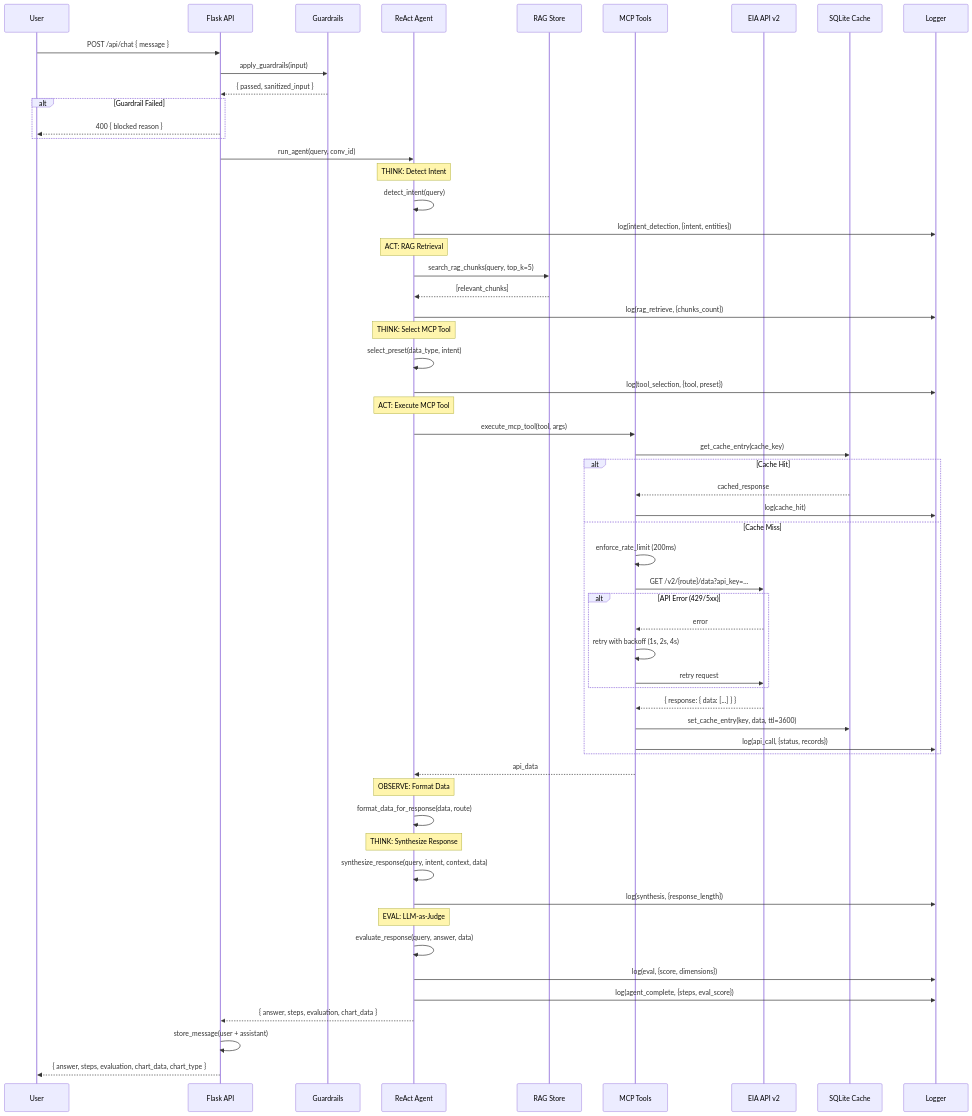
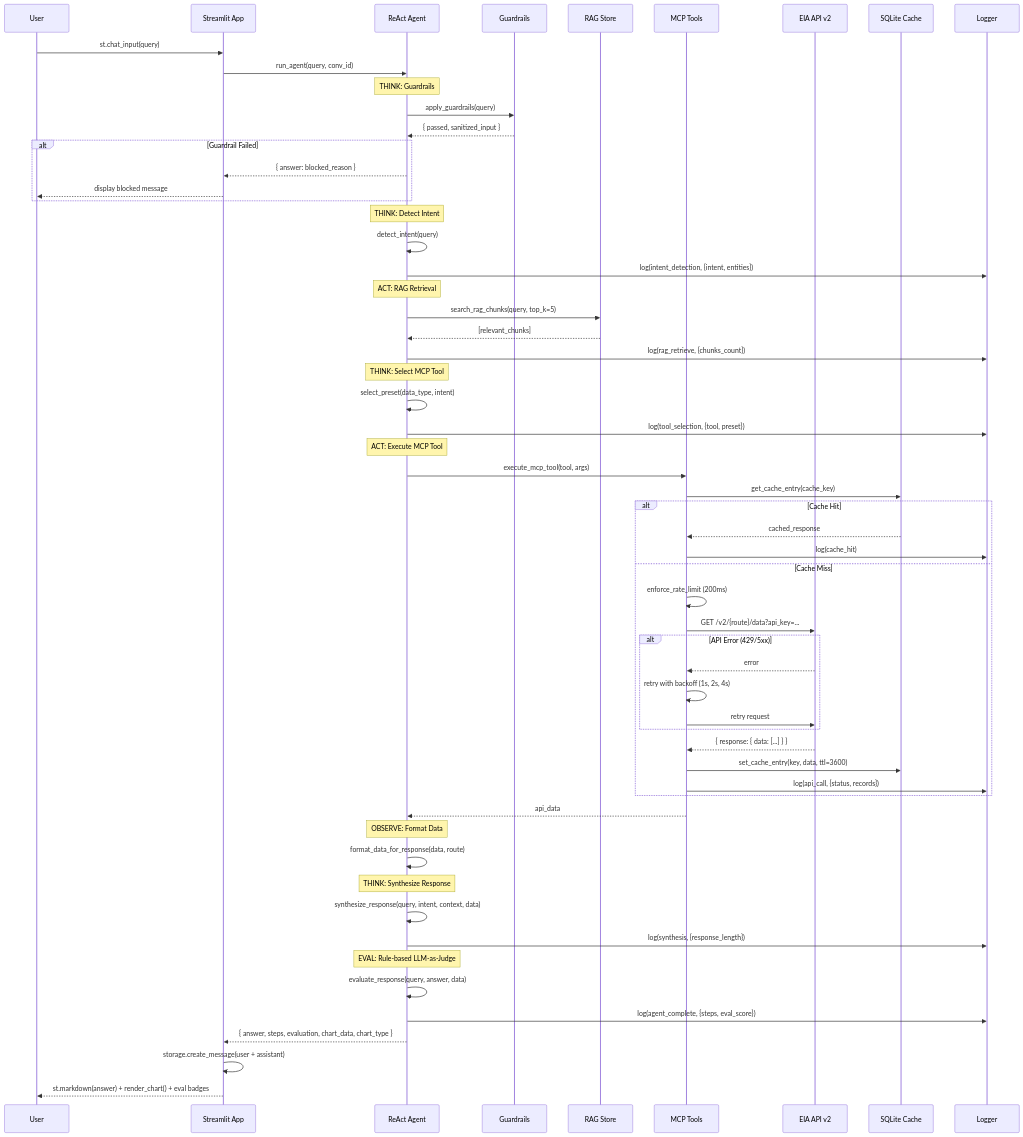
One commit to srikarananand/EIA-Energy-Research-Assistant changed the second of 2 diagrams in ARCHITECTURE.md. Above: the diagram before and after it, drawn with Mermaid. The commit also changed other lines of this file, not shown here.

Commit message:
Update architecture documentation with new components

````diff
--- a/ARCHITECTURE.md
+++ b/ARCHITECTURE.md
@@ -48,76 +50,77 @@
 ```mermaid
 sequenceDiagram
     participant U as User
-    participant F as Flask API
+    participant F as Streamlit App
+    participant A as ReAct Agent
     participant G as Guardrails
-    participant A as ReAct Agent
     participant R as RAG Store
     participant M as MCP Tools
     participant E as EIA API v2
     participant C as SQLite Cache
     participant L as Logger
 
-    U->>F: POST /api/chat { message }
-    F->>G: apply_guardrails(input)
-    G-->>F: { passed, sanitized_input }
-    
+    U->>F: st.chat_input(query)
+    F->>A: run_agent(query, conv_id)
+
+    Note over A: THINK: Guardrails
+    A->>G: apply_guardrails(query)
+    G-->>A: { passed, sanitized_input }
+
     alt Guardrail Failed
-        F-->>U: 400 { blocked reason }
+        A-->>F: { answer: blocked_reason }
+        F-->>U: display blocked message
     end
-    
-    F->>A: run_agent(query, conv_id)
-    
+
     Note over A: THINK: Detect Intent
     A->>A: detect_intent(query)
     A->>L: log(intent_detection, {intent, entities})
-    
+
     Note over A: ACT: RAG Retrieval
     A->>R: search_rag_chunks(query, top_k=5)
     R-->>A: [relevant_chunks]
     A->>L: log(rag_retrieve, {chunks_count})
-    
+
     Note over A: THINK: Select MCP Tool
     A->>A: select_preset(data_type, intent)
     A->>L: log(tool_selection, {tool, preset})
-    
+
     Note over A: ACT: Execute MCP Tool
     A->>M: execute_mcp_tool(tool, args)
     M->>C: get_cache_entry(cache_key)
-    
+
     alt Cache Hit
         C-->>M: cached_response
         M->>L: log(cache_hit)
     else Cache Miss
         M->>M: enforce_rate_limit (200ms)
         M->>E: GET /v2/{route}/data?api_key=...
-        
+
         alt API Error (429/5xx)
             E-->>M: error
             M->>M: retry with backoff (1s, 2s, 4s)
             M->>E: retry request
         end
-        
+
         E-->>M: { response: { data: [...] } }
         M->>C: set_cache_entry(key, data, ttl=3600)
         M->>L: log(api_call, {status, records})
     end
-    
+
     M-->>A: api_data
-    
+
     Note over A: OBSERVE: Format Data
     A->>A: format_data_for_response(data, route)
-    
+
     Note over A: THINK: Synthesize Response
     A->>A: synthesize_response(query, intent, context, data)
     A->>L: log(synthesis, {response_length})
-    
-    Note over A: EVAL: LLM-as-Judge
+
+    Note over A: EVAL: Rule-based LLM-as-Judge
     A->>A: evaluate_response(query, answer, data)
-    A->>L: log(eval, {score, dimensions})
-    
     A->>L: log(agent_complete, {steps, eval_score})
-    A-->>F: { answer, steps, evaluation, chart_data }
-    
-    F->>F: store_message(user + assistant)
-    F-->>U: { answer, steps, evaluation, chart_data, chart_type }
+
+    A-->>F: { answer, steps, evaluation, chart_data, chart_type }
+
+    F->>F: storage.create_message(user + assistant)
+    F-->>U: st.markdown(answer) + render_chart() + eval badges
 ```
````
